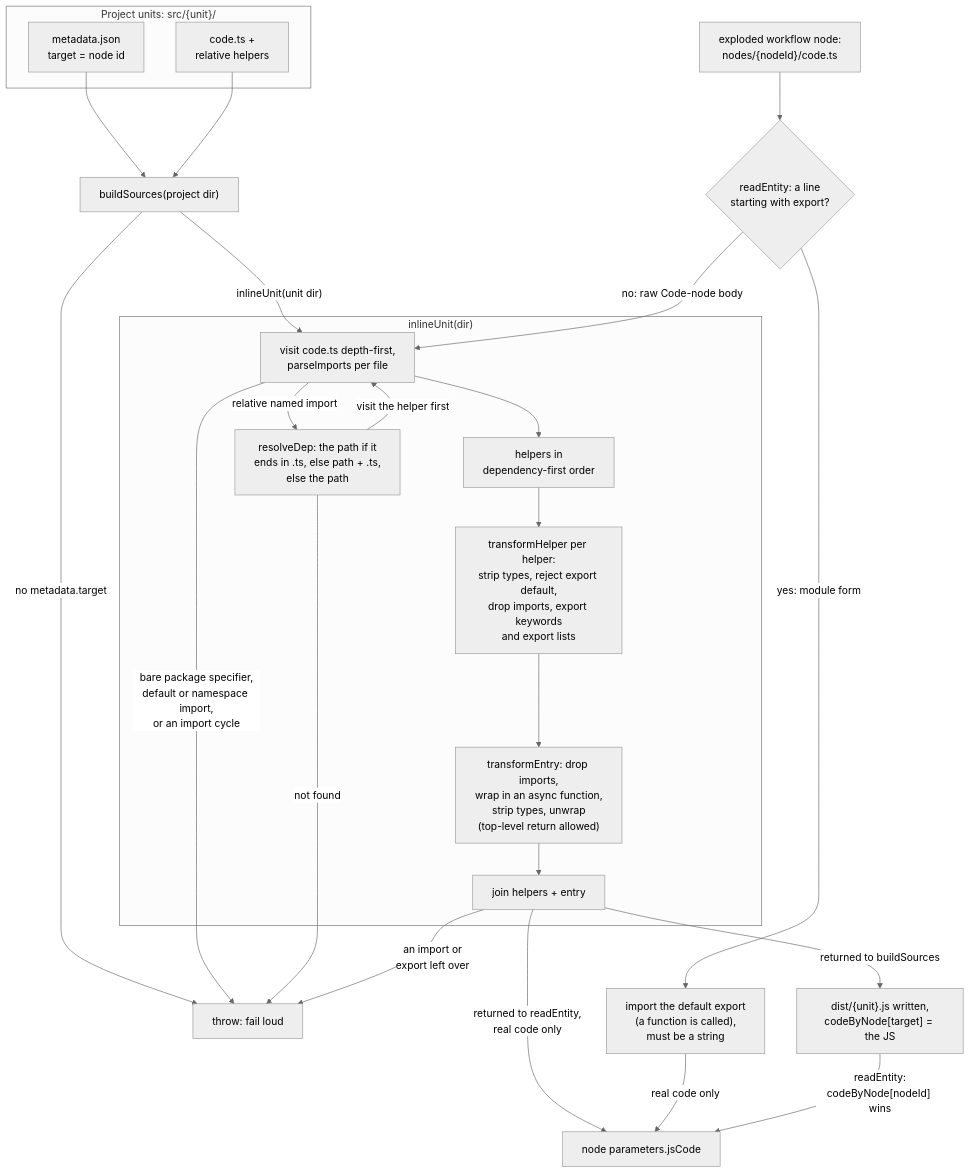
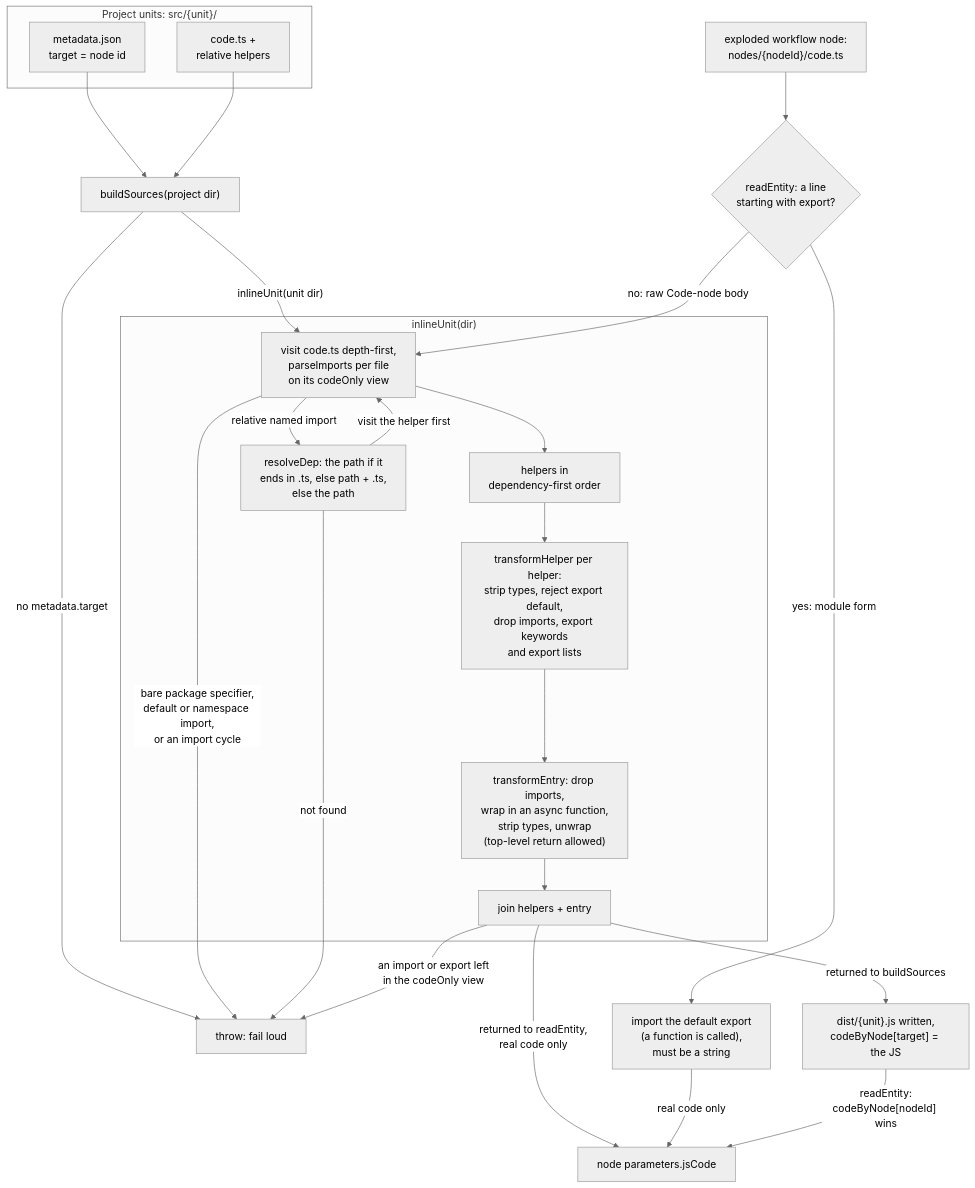
Diagram 11 of 15 in docs/ARCHITECTURE.md (nullseal/n8c), drawn with Mermaid (neutral theme) before and after one commit. The commit also changed other lines of this file and 2 other files, not shown here.

Commit message:
fix: inliner ignores import/export text inside comments, strings and templates

````diff
--- a/docs/ARCHITECTURE.md
+++ b/docs/ARCHITECTURE.md
@@ -661,31 +661,31 @@
 ```mermaid
 flowchart TD
     subgraph SRC["Project units: src/{unit}/"]
         UMETA["metadata.json<br/>target = node id"]
         UCODE["code.ts +<br/>relative helpers"]
     end
     NCODE["exploded workflow node:<br/>nodes/{nodeId}/code.ts"]
     UMETA --> BS["buildSources(project dir)"]
     UCODE --> BS
     BS -->|"no metadata.target"| THROW
     BS -->|"inlineUnit(unit dir)"| V
     NCODE --> FORM{"readEntity: a line<br/>starting with export?"}
     FORM -->|"yes: module form"| MOD["import the default export<br/>(a function is called),<br/>must be a string"]
     FORM -->|"no: raw Code-node body"| V
     subgraph INLINE["inlineUnit(dir)"]
-        V["visit code.ts depth-first,<br/>parseImports per file"]
+        V["visit code.ts depth-first,<br/>parseImports per file<br/>on its codeOnly view"]
         V -->|"relative named import"| RD["resolveDep: the path if it<br/>ends in .ts, else path + .ts,<br/>else the path"]
         RD -->|"visit the helper first"| V
         V --> ORD["helpers in<br/>dependency-first order"]
         ORD --> TH["transformHelper per helper:<br/>strip types, reject export default,<br/>drop imports, export keywords<br/>and export lists"]
         TH --> TE["transformEntry: drop imports,<br/>wrap in an async function,<br/>strip types, unwrap<br/>(top-level return allowed)"]
         TE --> JOIN["join helpers + entry"]
     end
     V -->|"bare package specifier,<br/>default or namespace import,<br/>or an import cycle"| THROW["throw: fail loud"]
     RD -->|"not found"| THROW
-    JOIN -->|"an import or<br/>export left over"| THROW
+    JOIN -->|"an import or export left<br/>in the codeOnly view"| THROW
     JOIN -->|"returned to buildSources"| BOUT["dist/{unit}.js written,<br/>codeByNode[target] = the JS"]
     JOIN -->|"returned to readEntity,<br/>real code only"| PARAM["node parameters.jsCode"]
     MOD -->|"real code only"| PARAM
     BOUT -->|"readEntity:<br/>codeByNode[nodeId] wins"| PARAM
 ```
````
